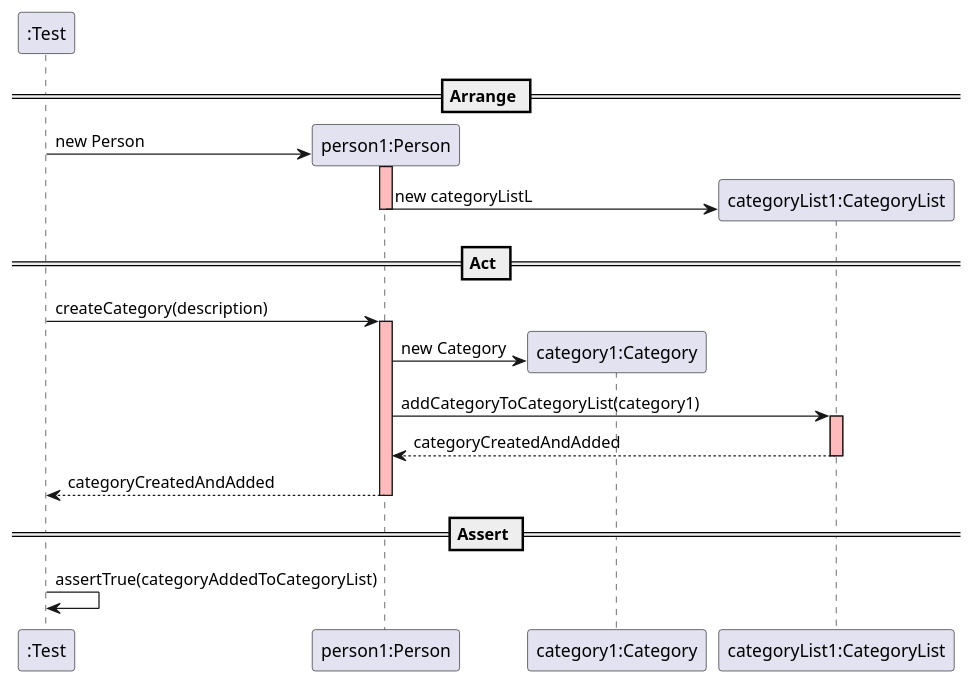
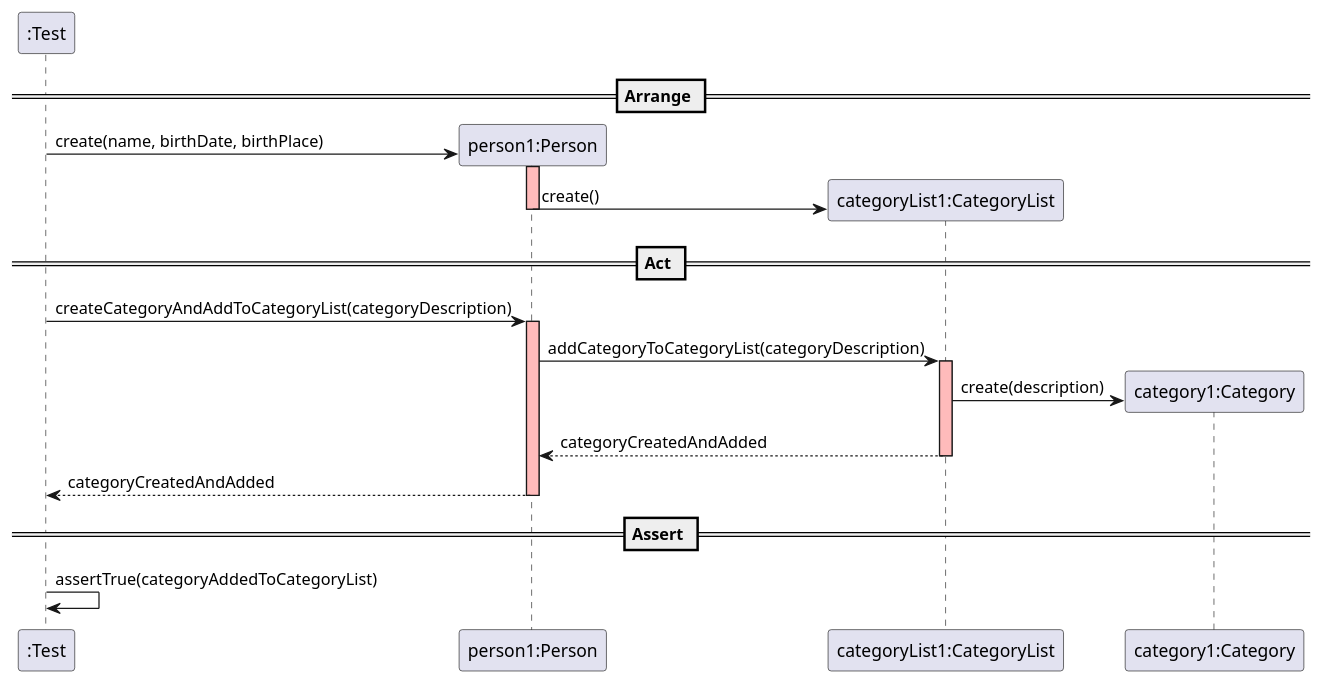
The diagram in docs/SequenceDiagram - UserStory5.puml (mleitaoribeiro/DevOpsMaven), drawn with PlantUML before and after one commit. The commit also changed other lines of this file, not shown here.

Commit message:
fixes #287  finalized sequence Diagram for US005

```diff
--- a/docs/SequenceDiagram - UserStory5.puml
+++ b/docs/SequenceDiagram - UserStory5.puml
@@ -1,38 +1,23 @@
 @startuml
-
 create ":Test"
-
 == Arrange ==
-
 create "person1:Person"
-":Test" -> "person1:Person" : new Person
+":Test" -> "person1:Person" : create(name, birthDate, birthPlace)
 activate "person1:Person" #FFBBBB
-
+create "categoryList1:CategoryList"
+"person1:Person" -> "categoryList1:CategoryList" :  create()
+deactivate "person1:Person" #FFBBBB
+== Act ==
+":Test" -> "person1:Person" : createCategoryAndAddToCategoryList(categoryDescription)
+activate "person1:Person" #FFBBBB
+"person1:Person" -> "categoryList1:CategoryList" : addCategoryToCategoryList(categoryDescription)
+activate "categoryList1:CategoryList" #FFBBBB
 create "category1:Category"
-create "categoryList1:CategoryList"
-
-"person1:Person" -> "categoryList1:CategoryList" : new categoryListL
-deactivate "person1:Person" #FFBBBB
-
-== Act ==
-
-":Test" -> "person1:Person" : createCategory(description)
-activate "person1:Person" #FFBBBB
-
-create "category1:Category"
-"person1:Person" -> "category1:Category" : new Category
-
-"person1:Person" -> "categoryList1:CategoryList" : addCategoryToCategoryList(category1)
-activate "categoryList1:CategoryList" #FFBBBB
-
+"categoryList1:CategoryList" -> "category1:Category" : create(description)
 "categoryList1:CategoryList" --> "person1:Person" : categoryCreatedAndAdded
 deactivate "categoryList1:CategoryList" #FFBBBB
-
 "person1:Person" --> ":Test" : categoryCreatedAndAdded
 deactivate "person1:Person" #FFBBBB
-
 == Assert ==
-
 ":Test" -> ":Test" : assertTrue(categoryAddedToCategoryList)
-
 @enduml
```
